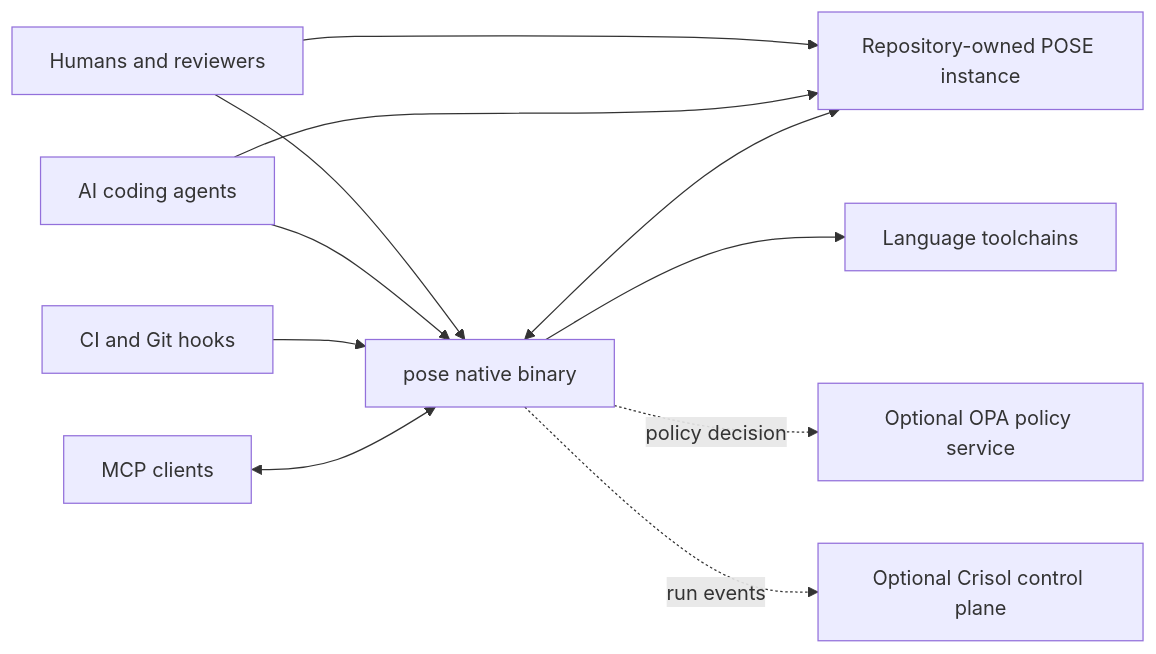
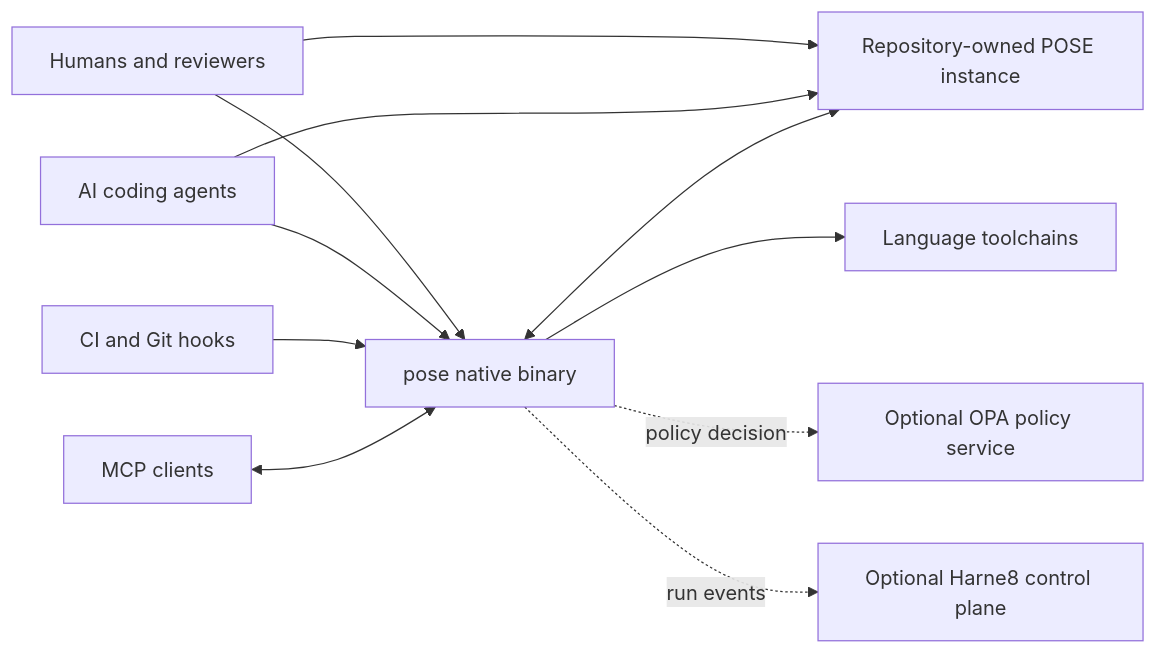
Before and after one commit to oseiaspereira88/pose: the first of 5 diagrams in docs-site/docs/architecture.md, drawn with Mermaid. The commit also changed other lines of this file and 141 other files, not shown here.

````diff
--- a/docs-site/docs/architecture.md
+++ b/docs-site/docs/architecture.md
@@ -13,23 +13,23 @@
 ```mermaid
 flowchart LR
     H[Humans and reviewers]
     A[AI coding agents]
     CI[CI and Git hooks]
     P[pose native binary]
     I[Repository-owned POSE instance]
     V[Language toolchains]
     M[MCP clients]
     O[Optional OPA policy service]
-    C[Optional Crisol control plane]
+    C[Optional Harne8 control plane]
 
     H --> I
     A --> I
     H --> P
     A --> P
     CI --> P
     P <--> I
     P --> V
     M <--> P
     P -. policy decision .-> O
     P -. run events .-> C
 ```
````
